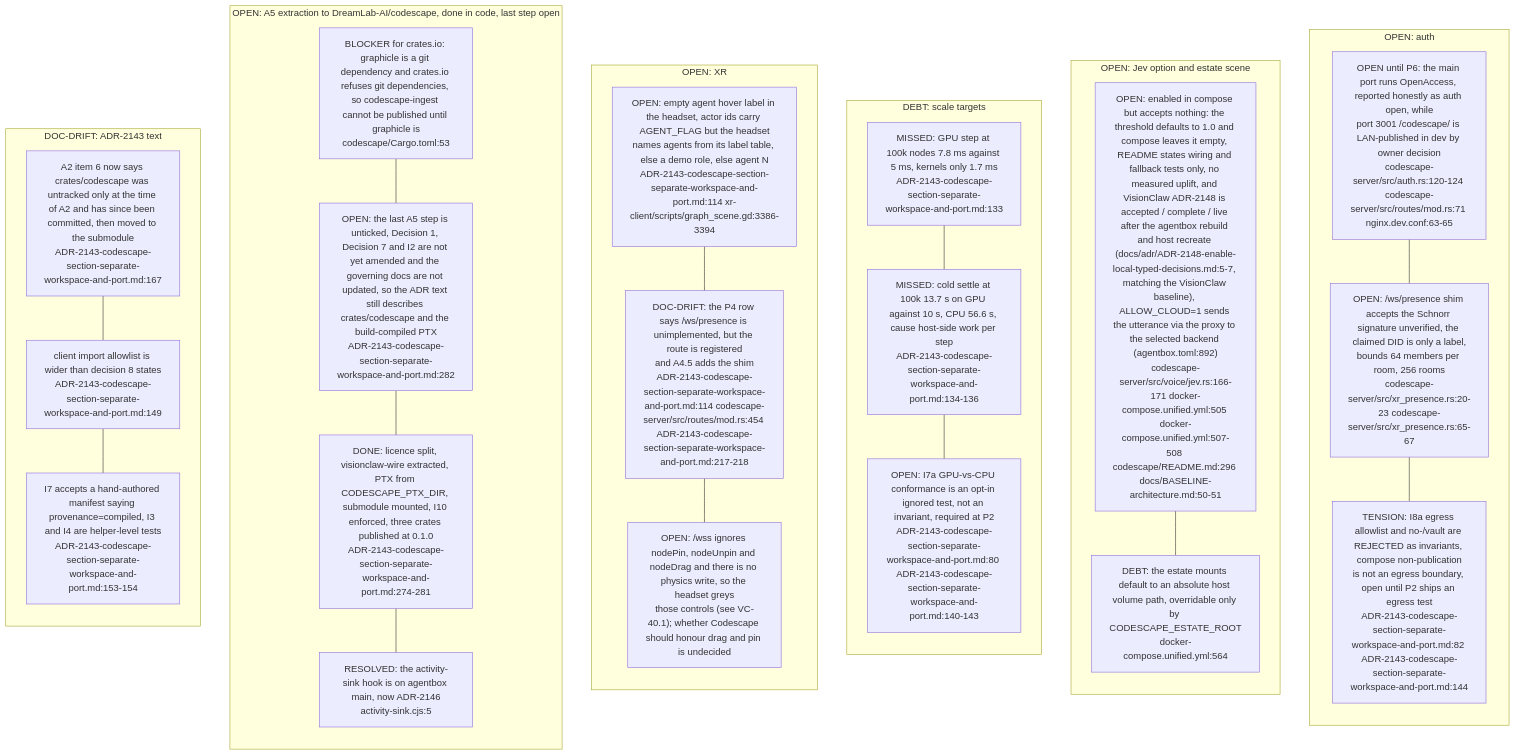
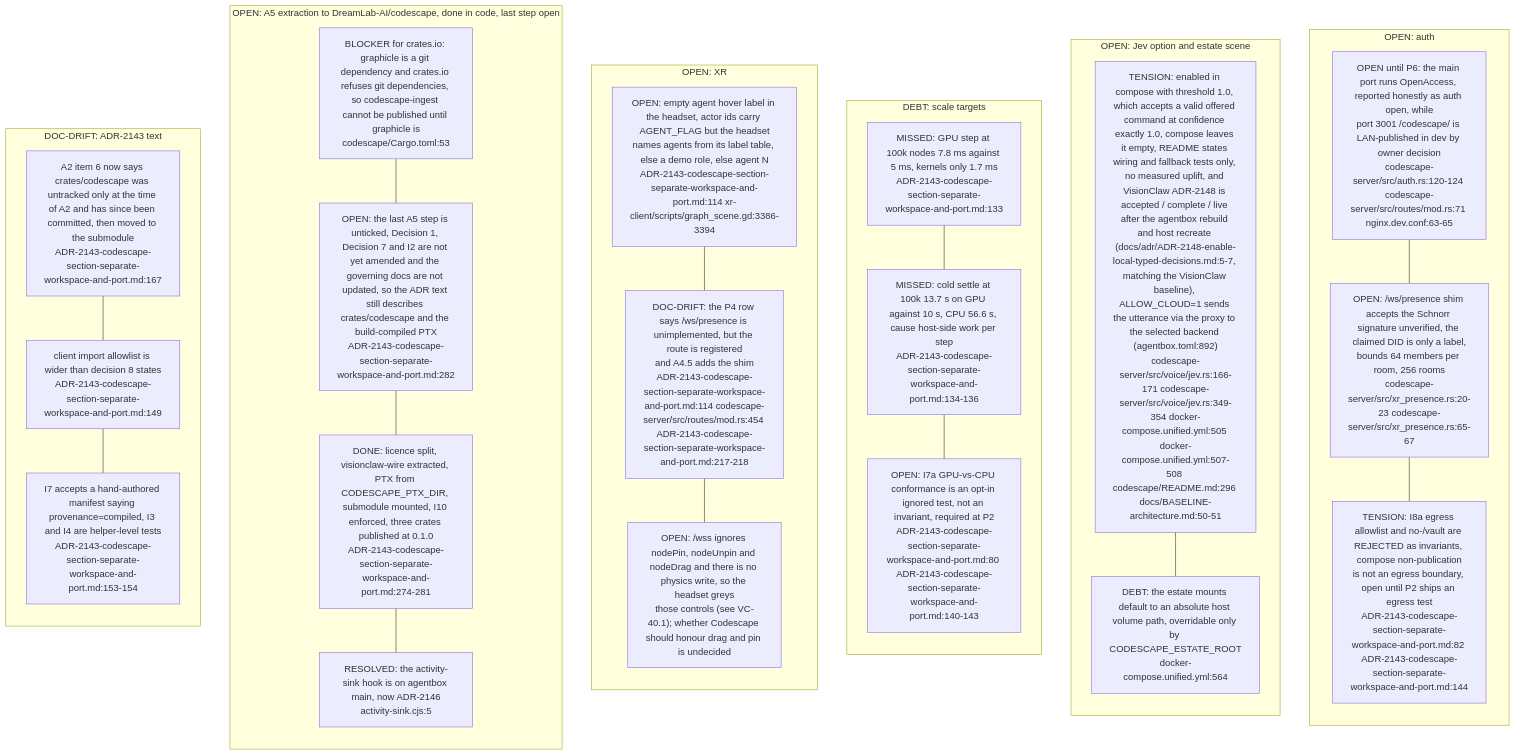
Before and after one commit to DreamLab-AI/VisionFlow: the seventh of 7 diagrams in docs/diagrams/visionclaw/39-codescape.md, drawn with Mermaid. The commit also changed other lines of this file and 20 other files, not shown here.

Commit message:
Audit Codescape command policy and retained runtime artefacts

````diff
--- a/docs/diagrams/visionclaw/39-codescape.md
+++ b/docs/diagrams/visionclaw/39-codescape.md
@@ -337,45 +337,45 @@
 ```mermaid
 flowchart TB
     subgraph SEC["OPEN: auth"]
         direction TB
         R1["OPEN until P6: the main port runs OpenAccess, reported honestly as auth open, while<br/>port 3001 /codescape/ is LAN-published in dev by owner decision<br/>codescape-server/src/auth.rs:120-124 codescape-server/src/routes/mod.rs:71 nginx.dev.conf:63-65"]
         R2["OPEN: /ws/presence shim accepts the Schnorr signature unverified, the claimed DID is only a label,<br/>bounds 64 members per room, 256 rooms<br/>codescape-server/src/xr_presence.rs:20-23 codescape-server/src/xr_presence.rs:65-67"]
         R3["TENSION: I8a egress allowlist and no-/vault are REJECTED as invariants, compose non-publication<br/>is not an egress boundary, open until P2 ships an egress test<br/>ADR-2143-codescape-section-separate-workspace-and-port.md:82 ADR-2143-codescape-section-separate-workspace-and-port.md:144"]
         R1 --- R2 --- R3
     end
     subgraph JEVG["OPEN: Jev option and estate scene"]
         direction TB
-        J1["OPEN: enabled in compose but accepts nothing: the threshold defaults to 1.0 and compose leaves it empty, README states wiring and fallback tests only, no measured uplift, and VisionClaw ADR-2148 is accepted / complete / live after the agentbox rebuild and host recreate (docs/adr/ADR-2148-enable-local-typed-decisions.md:5-7, matching the VisionClaw baseline), ALLOW_CLOUD=1 sends the utterance via the proxy to the selected backend (agentbox.toml:892)<br/>codescape-server/src/voice/jev.rs:166-171 docker-compose.unified.yml:505 docker-compose.unified.yml:507-508 codescape/README.md:296 docs/BASELINE-architecture.md:50-51"]
+        J1["TENSION: enabled in compose with threshold 1.0, which accepts a valid offered command at confidence exactly 1.0, compose leaves it empty, README states wiring and fallback tests only, no measured uplift, and VisionClaw ADR-2148 is accepted / complete / live after the agentbox rebuild and host recreate (docs/adr/ADR-2148-enable-local-typed-decisions.md:5-7, matching the VisionClaw baseline), ALLOW_CLOUD=1 sends the utterance via the proxy to the selected backend (agentbox.toml:892)<br/>codescape-server/src/voice/jev.rs:166-171 codescape-server/src/voice/jev.rs:349-354 docker-compose.unified.yml:505 docker-compose.unified.yml:507-508 codescape/README.md:296 docs/BASELINE-architecture.md:50-51"]
         J2["DEBT: the estate mounts default to an absolute host volume path, overridable only by CODESCAPE_ESTATE_ROOT<br/>docker-compose.unified.yml:564"]
         J1 --- J2
     end
     subgraph PERF["DEBT: scale targets"]
         direction TB
         P1["MISSED: GPU step at 100k nodes 7.8 ms against 5 ms, kernels only 1.7 ms<br/>ADR-2143-codescape-section-separate-workspace-and-port.md:133"]
         P2["MISSED: cold settle at 100k 13.7 s on GPU against 10 s, CPU 56.6 s, cause host-side work per step<br/>ADR-2143-codescape-section-separate-workspace-and-port.md:134-136"]
         P3["OPEN: I7a GPU-vs-CPU conformance is an opt-in ignored test, not an invariant, required at P2<br/>ADR-2143-codescape-section-separate-workspace-and-port.md:80 ADR-2143-codescape-section-separate-workspace-and-port.md:140-143"]
         P1 --- P2 --- P3
     end
     subgraph XRG["OPEN: XR"]
         direction TB
         X1["OPEN: empty agent hover label in the headset, actor ids carry AGENT_FLAG but the headset<br/>names agents from its label table, else a demo role, else agent N<br/>ADR-2143-codescape-section-separate-workspace-and-port.md:114 xr-client/scripts/graph_scene.gd:3386-3394"]
         X2["DOC-DRIFT: the P4 row says /ws/presence is unimplemented, but the route is registered<br/>and A4.5 adds the shim<br/>ADR-2143-codescape-section-separate-workspace-and-port.md:114 codescape-server/src/routes/mod.rs:454 ADR-2143-codescape-section-separate-workspace-and-port.md:217-218"]
         X3["OPEN: /wss ignores nodePin, nodeUnpin and nodeDrag and there is no physics write, so the headset greys<br/>those controls (see VC-40.1); whether Codescape should honour drag and pin is undecided"]
         X1 --- X2 --- X3
     end
     subgraph EXT["OPEN: A5 extraction to DreamLab-AI/codescape, done in code, last step open"]
         direction TB
         E1["BLOCKER for crates.io: graphicle is a git dependency and crates.io refuses git dependencies, so codescape-ingest cannot be published until graphicle is<br/>codescape/Cargo.toml:53"]
         E2["OPEN: the last A5 step is unticked, Decision 1, Decision 7 and I2 are not yet amended and the governing docs are not updated, so the ADR text still describes crates/codescape and the build-compiled PTX<br/>ADR-2143-codescape-section-separate-workspace-and-port.md:282"]
         E3["DONE: licence split, visionclaw-wire extracted, PTX from CODESCAPE_PTX_DIR, submodule mounted, I10 enforced, three crates published at 0.1.0<br/>ADR-2143-codescape-section-separate-workspace-and-port.md:274-281"]
         E4["RESOLVED: the activity-sink hook is on agentbox main, now ADR-2146<br/>activity-sink.cjs:5"]
         E1 --- E2 --- E3 --- E4
     end
     subgraph DR["DOC-DRIFT: ADR-2143 text"]
         direction TB
         D1["A2 item 6 now says crates/codescape was untracked only at the time of A2 and has since been committed, then moved to the submodule<br/>ADR-2143-codescape-section-separate-workspace-and-port.md:167"]
         D2["client import allowlist is wider than decision 8 states<br/>ADR-2143-codescape-section-separate-workspace-and-port.md:149"]
         D3["I7 accepts a hand-authored manifest saying provenance=compiled, I3 and I4 are helper-level tests<br/>ADR-2143-codescape-section-separate-workspace-and-port.md:153-154"]
         D1 --- D2 --- D3
     end
 ```
````
